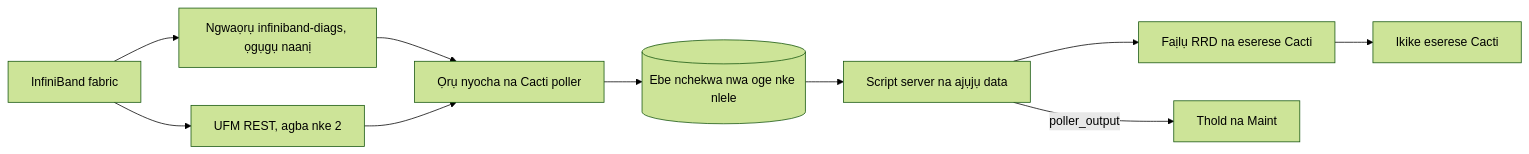
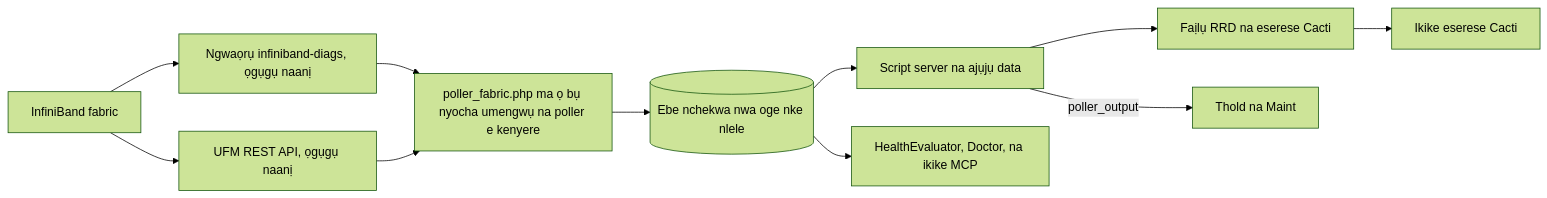
The diagram in docs/i18n/ig-NG/README.md (somethingwithproof/plugin_fabric), drawn with Mermaid (forest theme) before and after one commit. The commit also changed other lines of this file and 48 other files, not shown here.

````diff
--- a/docs/i18n/ig-NG/README.md
+++ b/docs/i18n/ig-NG/README.md
@@ -102,12 +132,13 @@
 ```mermaid
 flowchart LR
     F[InfiniBand fabric] --> T[Ngwaọrụ infiniband-diags, ọgụgụ naanị]
-    F --> U[UFM REST, agba nke 2]
-    T --> S[Ọrụ nyocha na Cacti poller]
+    F --> U[UFM REST API, ọgụgụ naanị]
+    T --> S[poller_fabric.php ma ọ bụ nyocha umengwụ na poller e kenyere]
     U --> S
     S --> C[(Ebe nchekwa nwa oge nke nlele)]
     C --> SS[Script server na ajụjụ data]
     SS --> R[Faịlụ RRD na eserese Cacti]
     SS -->|poller_output| TH[Thold na Maint]
+    C --> H[HealthEvaluator, Doctor, na ikike MCP]
     R --> P[Ikike eserese Cacti]
 ```
````
